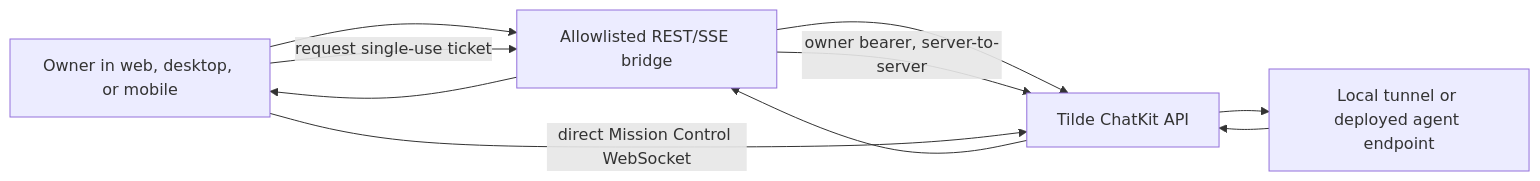
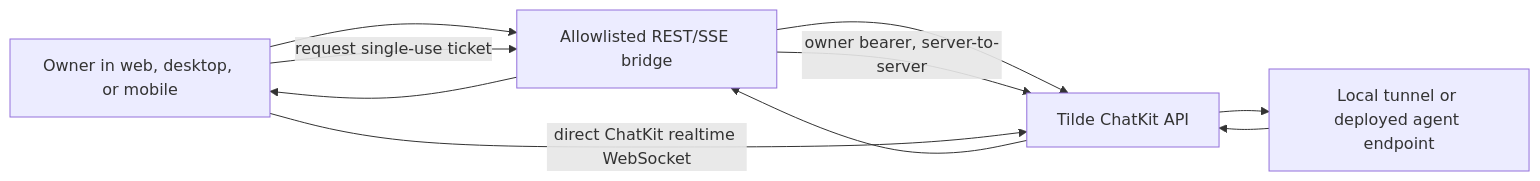
One commit to trytilde/dispatch changed the diagram in docs/adrs/0014-owner-chat-control-api.md. Above: the diagram before and after it, drawn with Mermaid. The commit also changed other lines of this file and 51 other files, not shown here.

First line of the commit message:
feat(chat): adopt ChatKit realtime events (#101)

````diff
--- a/docs/adrs/0014-owner-chat-control-api.md
+++ b/docs/adrs/0014-owner-chat-control-api.md
@@ -45,12 +51,12 @@
 ```mermaid
 flowchart LR
   O["Owner in web, desktop, or mobile"] --> C["Allowlisted REST/SSE bridge"]
   C --> T["Tilde ChatKit API"]
   T --> A["Local tunnel or deployed agent endpoint"]
   A --> T
   T --> C
   C --> O
   O -->|"request single-use ticket"| C
   C -->|"owner bearer, server-to-server"| T
-  O -->|"direct Mission Control WebSocket"| T
+  O -->|"direct ChatKit realtime WebSocket"| T
 ```
````
